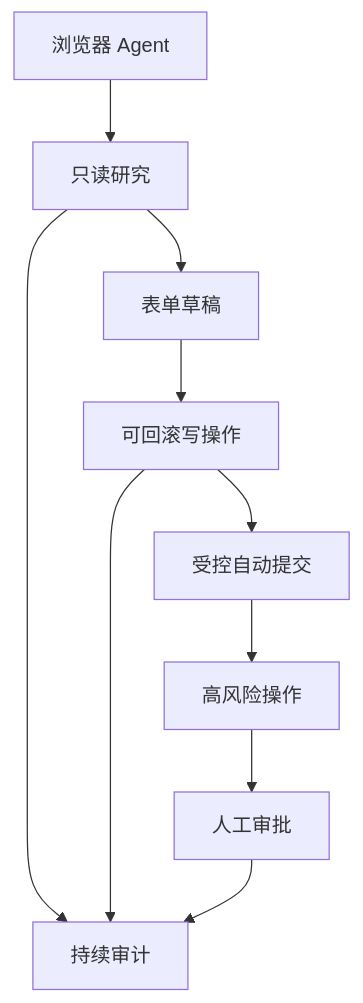
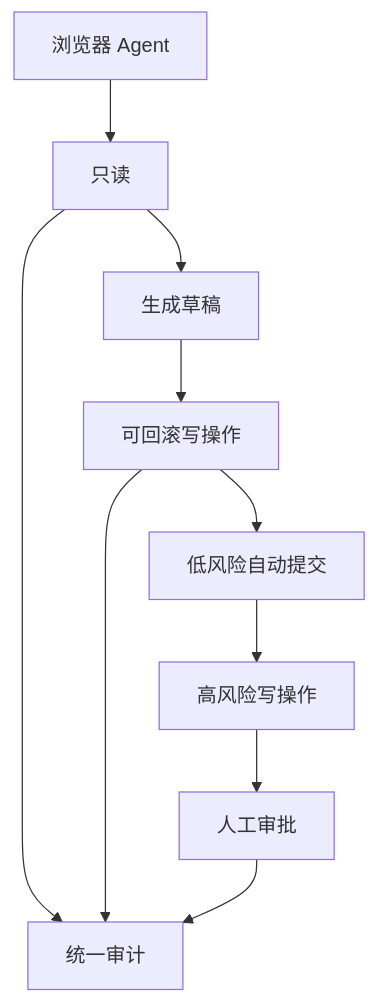
Before and after one commit to wlf186/ai-daily-headlines: the sixth of 22 diagrams in 260827.md, drawn with Mermaid. The commit also changed other lines of this file, not shown here.

````diff
--- a/260827.md
+++ b/260827.md
@@ -136,12 +202,12 @@
 ```mermaid
 flowchart TD
-    BA1[浏览器 Agent] --> BA2[只读研究]
-    BA2 --> BA3[表单草稿]
-    BA3 --> BA4[可回滚写操作]
-    BA4 --> BA5[受控自动提交]
-    BA5 --> BA6[高风险操作]
-    BA6 --> BA7[人工审批]
-    BA2 --> BA8[持续审计]
-    BA4 --> BA8
-    BA7 --> BA8
+    BR1[浏览器 Agent] --> BR2[只读]
+    BR2 --> BR3[生成草稿]
+    BR3 --> BR4[可回滚写操作]
+    BR4 --> BR5[低风险自动提交]
+    BR5 --> BR6[高风险写操作]
+    BR6 --> BR7[人工审批]
+    BR2 --> BR8[统一审计]
+    BR4 --> BR8
+    BR7 --> BR8
 ```
````
